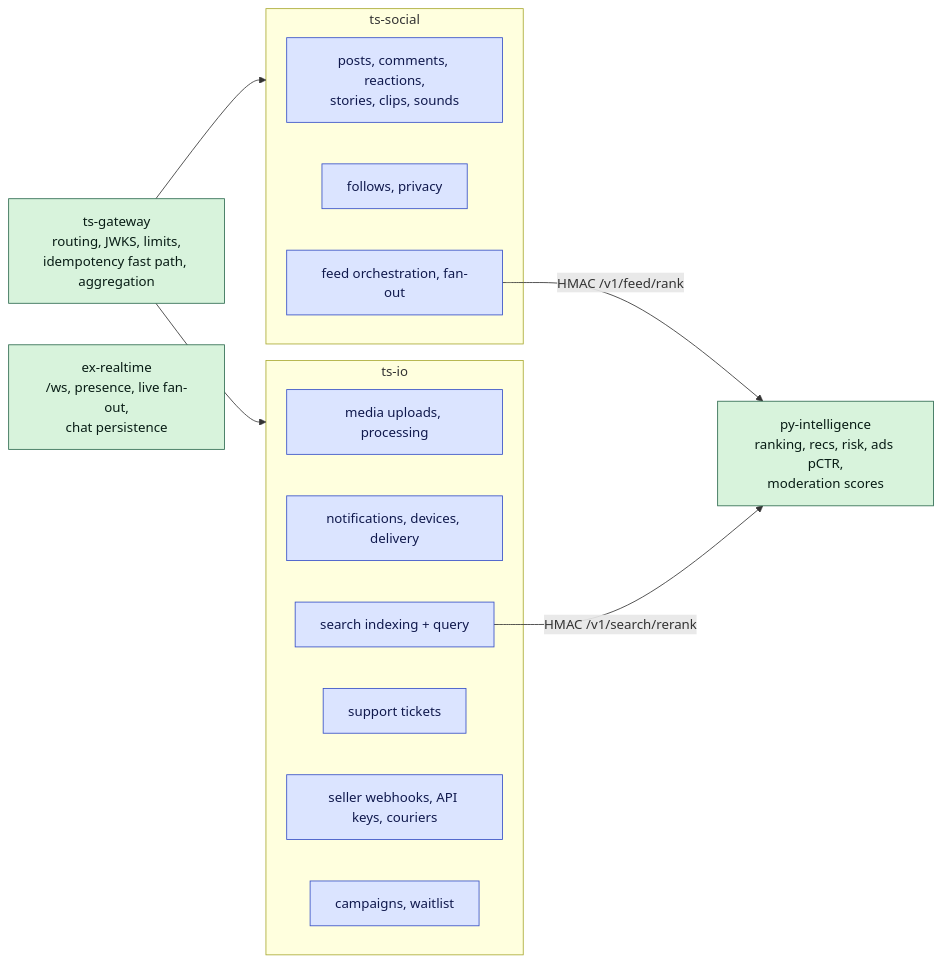
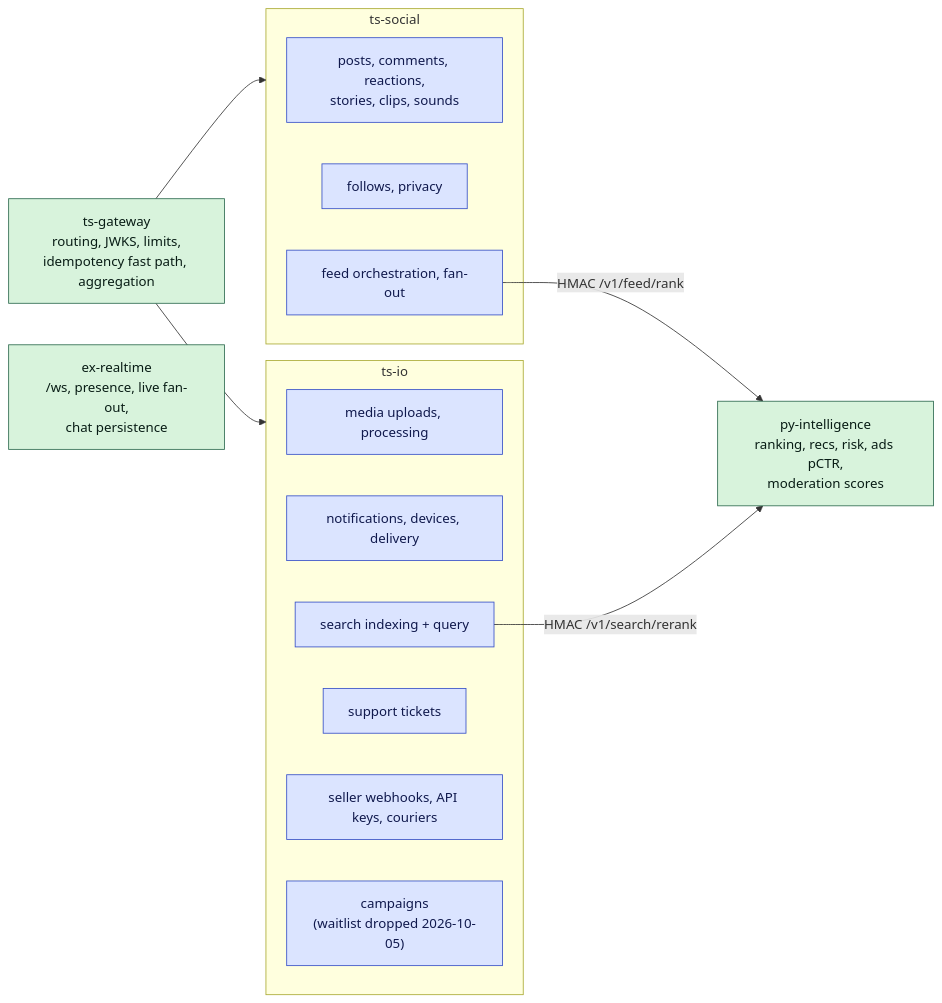
Before and after one commit to telente-technologies/nantty: the second of 2 diagrams in docs/architecture/backend.md, drawn with Mermaid. The commit also changed 2 other files, not shown here.

Commit message:
docs: backend inventory microservicesPlan files [skip build]

````diff
--- a/docs/architecture/backend.md
+++ b/docs/architecture/backend.md
@@ -57,26 +57,26 @@
 ```mermaid
 flowchart LR
   classDef existing fill:#d8f3dc,stroke:#2d6a4f,color:#081c15
   classDef proposed fill:#dbe4ff,stroke:#364fc7,color:#10194d
 
   gw["ts-gateway<br/>routing, JWKS, limits,<br/>idempotency fast path, aggregation"]:::existing
   subgraph social["ts-social"]
     posts["posts, comments, reactions,<br/>stories, clips, sounds"]:::proposed
     follows["follows, privacy"]:::proposed
     feed["feed orchestration, fan-out"]:::proposed
   end
   subgraph io["ts-io"]
     media["media uploads, processing"]:::proposed
     notif["notifications, devices, delivery"]:::proposed
     search["search indexing + query"]:::proposed
     support["support tickets"]:::proposed
     integ["seller webhooks, API keys, couriers"]:::proposed
-    camp["campaigns, waitlist"]:::proposed
+    camp["campaigns<br/>(waitlist dropped 2026-10-05)"]:::proposed
   end
   rt["ex-realtime<br/>/ws, presence, live fan-out,<br/>chat persistence"]:::existing
   py["py-intelligence<br/>ranking, recs, risk, ads pCTR,<br/>moderation scores"]:::existing
 
   gw --> social & io
   feed -- "HMAC /v1/feed/rank" --> py
   search -- "HMAC /v1/search/rerank" --> py
 ```
````
